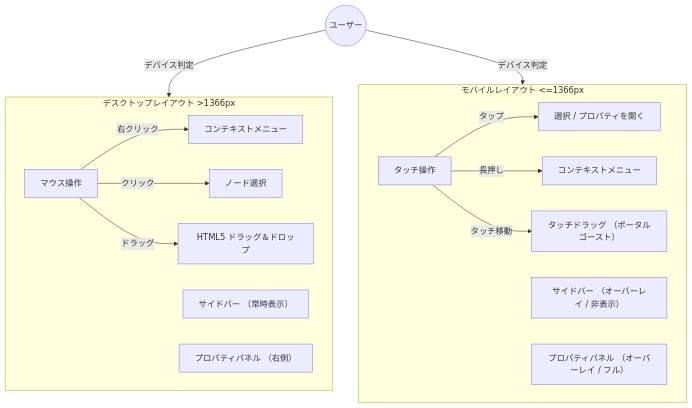
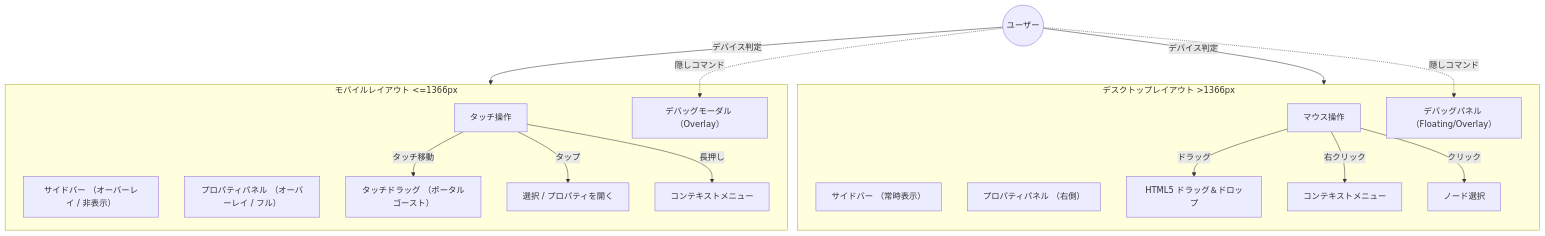
One commit to c-ardinal/ARKHAM changed the second of 2 diagrams in .agent/RequirementSpecification_Image_Graph.md. Above: the diagram before and after it, drawn with Mermaid. The commit also changed 23 other files, not shown here.

````diff
--- a/.agent/RequirementSpecification_Image_Graph.md
+++ b/.agent/RequirementSpecification_Image_Graph.md
@@ -32,29 +32,33 @@
 ```mermaid
 graph TD
     User((ユーザー))
     
     subgraph Desktop [デスクトップレイアウト >1366px]
         D_Mouse[マウス操作]
         D_Sidebar[サイドバー （常時表示）]
         D_Prop[プロパティパネル （右側）]
         D_DnD[HTML5 ドラッグ＆ドロップ]
+        D_Debug[デバッグパネル （Floating/Overlay）]
         
         D_Mouse -->|右クリック| D_Ctx[コンテキストメニュー]
         D_Mouse -->|クリック| D_Select[ノード選択]
         D_Mouse -->|ドラッグ| D_DnD
     end
     
     subgraph Mobile [モバイルレイアウト <=1366px]
         M_Touch[タッチ操作]
         M_Sidebar[サイドバー （オーバーレイ / 非表示）]
         M_Prop[プロパティパネル （オーバーレイ / フル）]
         M_TouchDnD[タッチドラッグ （ポータルゴースト）]
+        M_Debug[デバッグモーダル （Overlay）]
         
         M_Touch -->|タップ| M_Select[選択 / プロパティを開く]
         M_Touch -->|長押し| M_Ctx[コンテキストメニュー]
         M_Touch -->|タッチ移動| M_TouchDnD
     end
     
     User -->|デバイス判定| Desktop
     User -->|デバイス判定| Mobile
+    User -.->|隠しコマンド| D_Debug
+    User -.->|隠しコマンド| M_Debug
 ```
````
